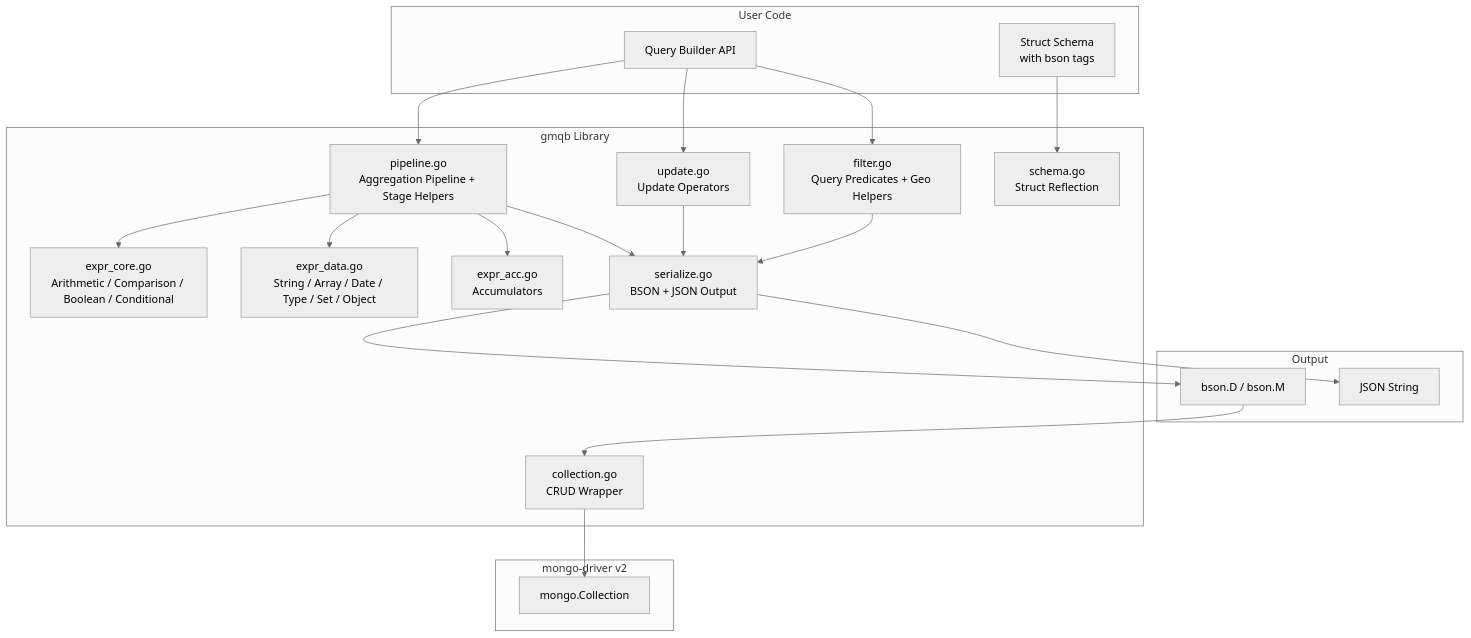
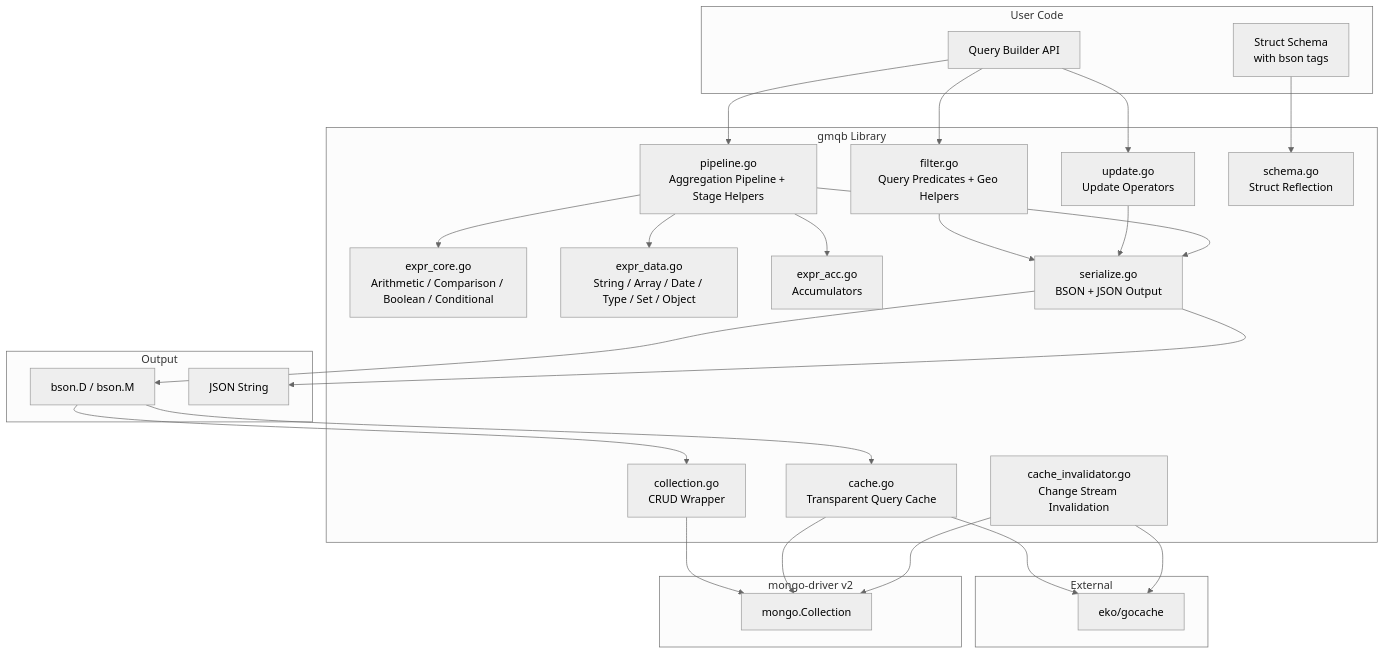
The diagram in DESIGN.md (squall-chua/gmqb), drawn with Mermaid (neutral theme) before and after one commit. The commit also changed other lines of this file and 9 other files, not shown here.

Commit message:
feat: Introduce transparent query caching with MongoDB change stream invalidation.

````diff
--- a/DESIGN.md
+++ b/DESIGN.md
@@ -5,32 +5,39 @@
 ```mermaid
 graph TB
     subgraph "User Code"
         S["Struct Schema<br/>with bson tags"]
         Q["Query Builder API"]
     end
     subgraph "gmqb Library"
         F["filter.go<br/>Query Predicates + Geo Helpers"]
         U["update.go<br/>Update Operators"]
         A["pipeline.go<br/>Aggregation Pipeline + Stage Helpers"]
         EC["expr_core.go<br/>Arithmetic / Comparison / Boolean / Conditional"]
         ED["expr_data.go<br/>String / Array / Date / Type / Set / Object"]
         EA["expr_acc.go<br/>Accumulators"]
         SC["schema.go<br/>Struct Reflection"]
         SE["serialize.go<br/>BSON + JSON Output"]
         C["collection.go<br/>CRUD Wrapper"]
+        CH["cache.go<br/>Transparent Query Cache"]
+        INV["cache_invalidator.go<br/>Change Stream Invalidation"]
+    end
+    subgraph "External"
+        GC["eko/gocache"]
     end
     subgraph "Output"
         B["bson.D / bson.M"]
         J["JSON String"]
     end
     subgraph "mongo-driver v2"
         MC["mongo.Collection"]
     end
     S --> SC
     Q --> F & U & A
     A --> EC & ED & EA
     F & U & A --> SE
     SE --> B & J
-    C --> MC
-    B --> C
+    C & CH --> MC
+    CH --> GC
+    B --> C & CH
+    INV --> MC & GC
 ```
````
